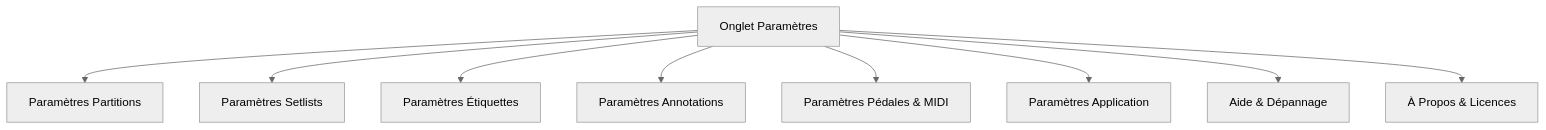
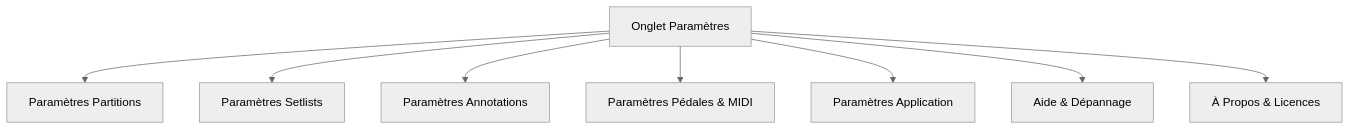
One commit to Audiothor/MusicScoreManager changed the fifth of 5 diagrams in README.md. Above: the diagram before and after it, drawn with Mermaid (neutral theme). The commit also changed other lines of this file and 14 other files, not shown here.

````diff
--- a/README.md
+++ b/README.md
@@ -462,11 +462,10 @@
 ```mermaid
 graph TD
     P[Onglet Paramètres] --> P1[Paramètres Partitions]
     P --> P2[Paramètres Setlists]
-    P --> P3[Paramètres Étiquettes]
-    P --> P4[Paramètres Annotations]
-    P --> P5[Paramètres Pédales & MIDI]
-    P --> P6[Paramètres Application]
-    P --> P7[Aide & Dépannage]
-    P --> P8[À Propos & Licences]
+    P --> P3[Paramètres Annotations]
+    P --> P4[Paramètres Pédales & MIDI]
+    P --> P5[Paramètres Application]
+    P --> P6[Aide & Dépannage]
+    P --> P7[À Propos & Licences]
 ```
````
